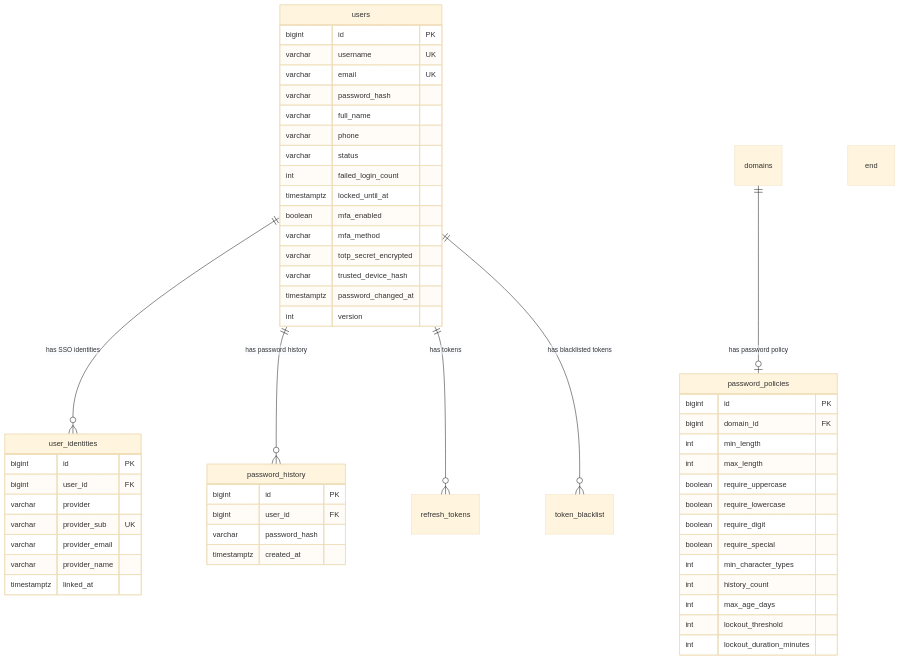
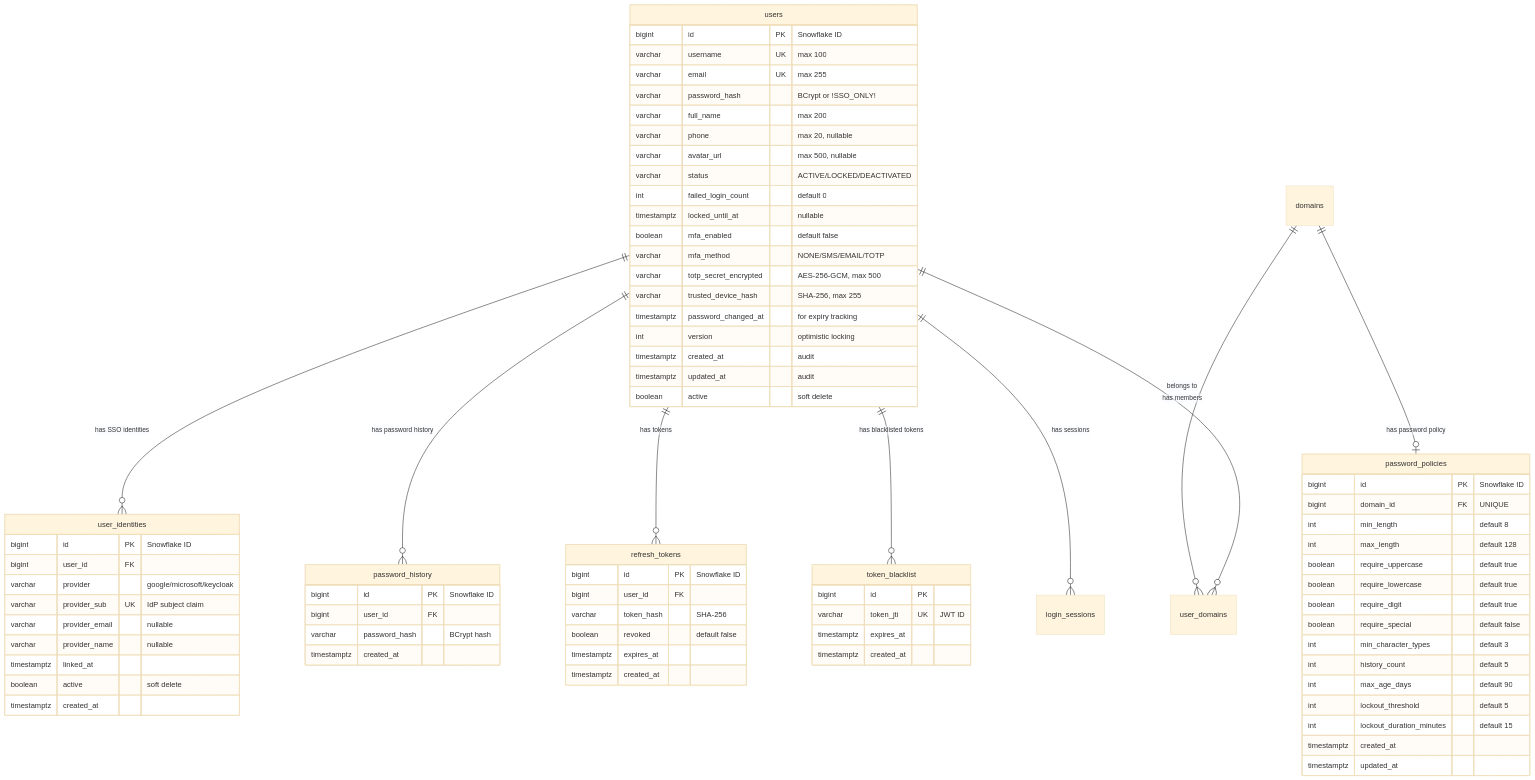
The second of 8 diagrams in openspec/research/auth-core-features/technical_spec.md (nguyentthai96/auth-service), drawn with Mermaid (base theme) before and after one commit. The commit also changed other lines of this file and 93 other files, not shown here.

````diff
--- a/openspec/research/auth-core-features/technical_spec.md
+++ b/openspec/research/auth-core-features/technical_spec.md
@@ -71,59 +129,85 @@
 erDiagram
     users ||--o{ user_identities : "has SSO identities"
     users ||--o{ password_history : "has password history"
-    domains ||--o| password_policies : "has password policy"
     users ||--o{ refresh_tokens : "has tokens"
     users ||--o{ token_blacklist : "has blacklisted tokens"
+    users ||--o{ login_sessions : "has sessions"
+    domains ||--o| password_policies : "has password policy"
+    domains ||--o{ user_domains : "has members"
+    users ||--o{ user_domains : "belongs to"
 
     users {
-        bigint id PK
-        varchar username UK
-        varchar email UK
-        varchar password_hash
-        varchar full_name
-        varchar phone
-        varchar status
-        int failed_login_count
-        timestamptz locked_until_at
-        boolean mfa_enabled
-        varchar mfa_method
-        varchar totp_secret_encrypted
-        varchar trusted_device_hash
-        timestamptz password_changed_at
-        int version
+        bigint id PK "Snowflake ID"
+        varchar username UK "max 100"
+        varchar email UK "max 255"
+        varchar password_hash "BCrypt or !SSO_ONLY!"
+        varchar full_name "max 200"
+        varchar phone "max 20, nullable"
+        varchar avatar_url "max 500, nullable"
+        varchar status "ACTIVE/LOCKED/DEACTIVATED"
+        int failed_login_count "default 0"
+        timestamptz locked_until_at "nullable"
+        boolean mfa_enabled "default false"
+        varchar mfa_method "NONE/SMS/EMAIL/TOTP"
+        varchar totp_secret_encrypted "AES-256-GCM, max 500"
+        varchar trusted_device_hash "SHA-256, max 255"
+        timestamptz password_changed_at "for expiry tracking"
+        int version "optimistic locking"
+        timestamptz created_at "audit"
+        timestamptz updated_at "audit"
+        boolean active "soft delete"
     }
 
     user_identities {
-        bigint id PK
+        bigint id PK "Snowflake ID"
         bigint user_id FK
-        varchar provider
-        varchar provider_sub UK
-        varchar provider_email
-        varchar provider_name
+        varchar provider "google/microsoft/keycloak"
+        varchar provider_sub UK "IdP subject claim"
+        varchar provider_email "nullable"
+        varchar provider_name "nullable"
         timestamptz linked_at
+        boolean active "soft delete"
+        timestamptz created_at
     }
 
     password_policies {
-        bigint id PK
-        bigint domain_id FK
-        int min_length
-        int max_length
-        boolean require_uppercase
-        boolean require_lowercase
-        boolean require_digit
-        boolean require_special
-        int min_character_types
-        int history_count
-        int max_age_days
-        int lockout_threshold
-        int lockout_duration_minutes
+        bigint id PK "Snowflake ID"
+        bigint domain_id FK "UNIQUE"
+        int min_length "default 8"
+        int max_length "default 128"
+        boolean require_uppercase "default true"
+        boolean require_lowercase "default true"
+        boolean require_digit "default true"
+        boolean require_special "default false"
+        int min_character_types "default 3"
+        int history_count "default 5"
+        int max_age_days "default 90"
+        int lockout_threshold "default 5"
+        int lockout_duration_minutes "default 15"
+        timestamptz created_at
+        timestamptz updated_at
     }
 
     password_history {
-        bigint id PK
+        bigint id PK "Snowflake ID"
         bigint user_id FK
-        varchar password_hash
+        varchar password_hash "BCrypt hash"
         timestamptz created_at
     }
-end
+
+    refresh_tokens {
+        bigint id PK "Snowflake ID"
+        bigint user_id FK
+        varchar token_hash "SHA-256"
+        boolean revoked "default false"
+        timestamptz expires_at
+        timestamptz created_at
+    }
+
+    token_blacklist {
+        bigint id PK
+        varchar token_jti UK "JWT ID"
+        timestamptz expires_at
+        timestamptz created_at
+    }
 ```
````
